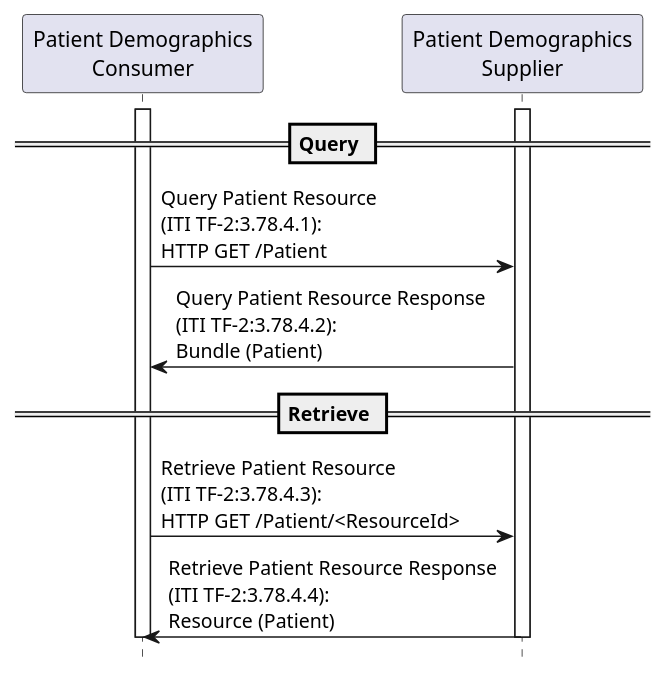
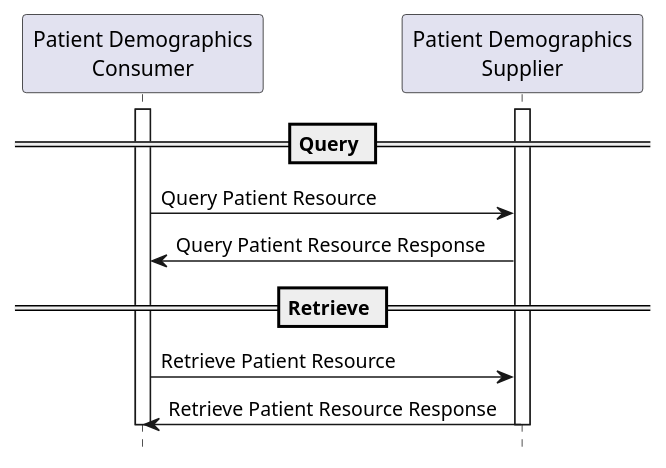
Before and after one commit to IHE/ITI.PDQm: the diagram in input/images-source/ITI-78-seq.plantuml, drawn with PlantUML. The commit also changed 1 other file, not shown here.

```diff
--- a/input/images-source/ITI-78-seq.plantuml
+++ b/input/images-source/ITI-78-seq.plantuml
@@ -1,19 +1,19 @@
 @startuml
 hide footbox
 
 participant "Patient Demographics\nConsumer" as Client
 participant "Patient Demographics\nSupplier" as Server
 
 == Query ==
 activate Client
 activate Server
-Client -> Server : Query Patient Resource\n(ITI TF-2:3.78.4.1):\nHTTP GET /Patient
-Server -> Client : Query Patient Resource Response\n(ITI TF-2:3.78.4.2):\nBundle (Patient)
+Client -> Server : Query Patient Resource
+Server -> Client : Query Patient Resource Response
 
 == Retrieve ==
-Client -> Server : Retrieve Patient Resource\n(ITI TF-2:3.78.4.3):\nHTTP GET /Patient/<ResourceId>
-Server -> Client : Retrieve Patient Resource Response\n(ITI TF-2:3.78.4.4):\nResource (Patient)
+Client -> Server : Retrieve Patient Resource
+Server -> Client : Retrieve Patient Resource Response
 deactivate Server
 deactivate Client
 
 @enduml
```
